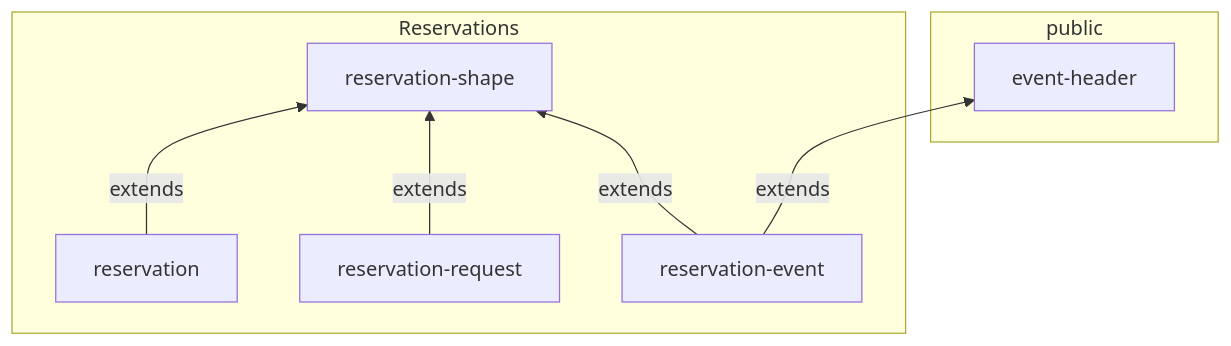
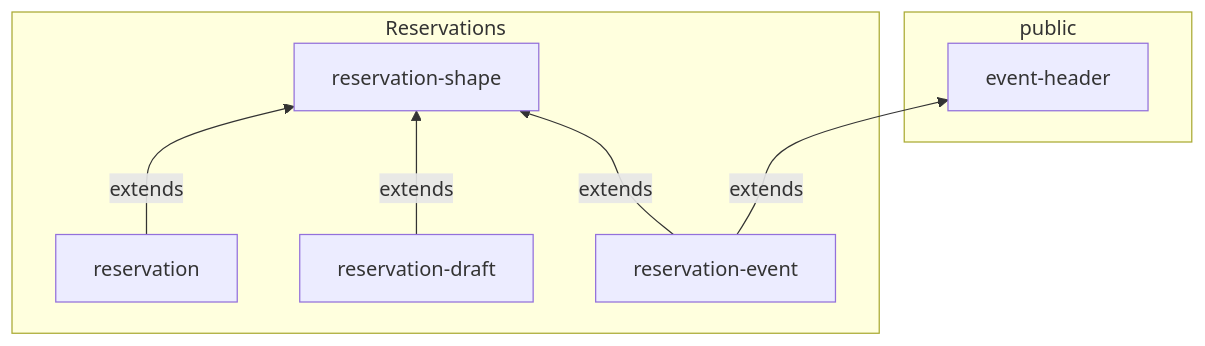
The second of 3 diagrams in docs/architecture/reservations.md (tonitienda/cinc-estrelles), drawn with Mermaid before and after one commit. The commit also changed 27 other files, not shown here.

````diff
--- a/docs/architecture/reservations.md
+++ b/docs/architecture/reservations.md
@@ -36,21 +36,21 @@
 ```mermaid
 flowchart BT
 
 subgraph public
     event-header
 end
 
 subgraph Reservations
     reservation
-    reservation-request
+    reservation-draft
     reservation-shape
     reservation-event
 end
 
 reservation-event -- extends --> reservation-shape
 reservation-event -- extends --> event-header
 
-reservation-request -- extends --> reservation-shape
+reservation-draft -- extends --> reservation-shape
 reservation -- extends --> reservation-shape
 
 ```
````
